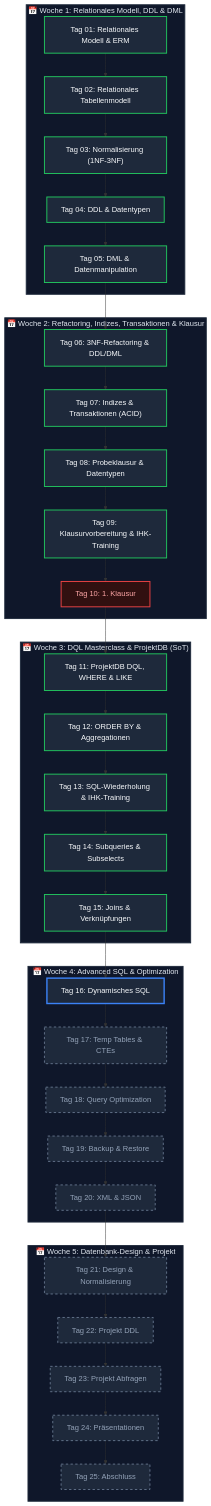
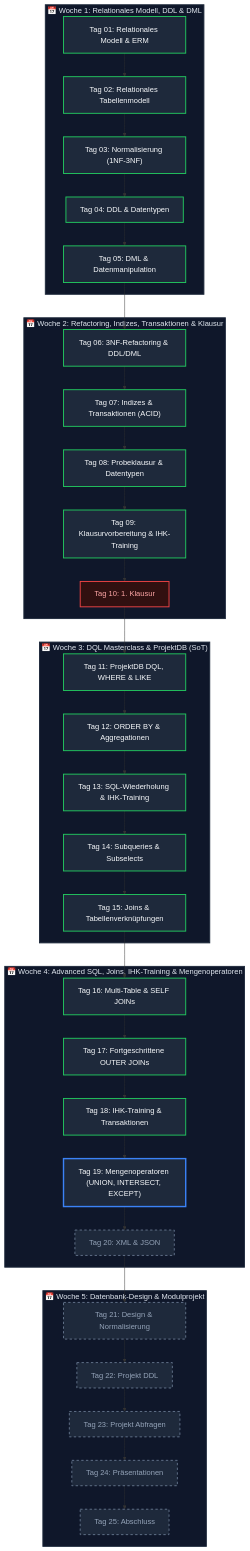
The first of 2 diagrams in README.md (T-Boyke/SQL-Fundamentals), drawn with Mermaid before and after one commit. The commit also changed other lines of this file, not shown here.

Commit message:
docs: update root README roadmap and module overview up to Day 19

````diff
--- a/README.md
+++ b/README.md
@@ -20,60 +20,60 @@
 ```mermaid
 flowchart TD
     subgraph W1["📅 Woche 1: Relationales Modell, DDL & DML"]
         D01["Tag 01: Relationales Modell & ERM"] --> D02["Tag 02: Relationales Tabellenmodell"]
         D02 --> D03["Tag 03: Normalisierung (1NF-3NF)"]
         D03 --> D04["Tag 04: DDL & Datentypen"]
         D04 --> D05["Tag 05: DML & Datenmanipulation"]
     end
 
     subgraph W2["📅 Woche 2: Refactoring, Indizes, Transaktionen & Klausur"]
         D06["Tag 06: 3NF-Refactoring & DDL/DML"] --> D07["Tag 07: Indizes & Transaktionen (ACID)"]
         D07 --> D08["Tag 08: Probeklausur & Datentypen"]
         D08 --> D09["Tag 09: Klausurvorbereitung & IHK-Training"]
         D09 --> D10["Tag 10: 1. Klausur"]
     end
 
     subgraph W3["📅 Woche 3: DQL Masterclass & ProjektDB (SoT)"]
         D11["Tag 11: ProjektDB DQL, WHERE & LIKE"] --> D12["Tag 12: ORDER BY & Aggregationen"]
         D12 --> D13["Tag 13: SQL-Wiederholung & IHK-Training"]
         D13 --> D14["Tag 14: Subqueries & Subselects"]
-        D14 --> D15["Tag 15: Joins & Verknüpfungen"]
+        D14 --> D15["Tag 15: Joins & Tabellenverknüpfungen"]
     end
 
-    subgraph W4["📅 Woche 4: Advanced SQL & Optimization"]
-        D16["Tag 16: Dynamisches SQL"] --> D17["Tag 17: Temp Tables & CTEs"]
-        D18["Tag 18: Query Optimization"] --> D19["Tag 19: Backup & Restore"]
-        D17 --> D18
+    subgraph W4["📅 Woche 4: Advanced SQL, Joins, IHK-Training & Mengenoperatoren"]
+        D16["Tag 16: Multi-Table & SELF JOINs"] --> D17["Tag 17: Fortgeschrittene OUTER JOINs"]
+        D17 --> D18["Tag 18: IHK-Training & Transaktionen"]
+        D18 --> D19["Tag 19: Mengenoperatoren (UNION, INTERSECT, EXCEPT)"]
         D19 --> D20["Tag 20: XML & JSON"]
     end
 
-    subgraph W5["📅 Woche 5: Datenbank-Design & Projekt"]
+    subgraph W5["📅 Woche 5: Datenbank-Design & Modulprojekt"]
         D21["Tag 21: Design & Normalisierung"] --> D22["Tag 22: Projekt DDL"]
         D22 --> D23["Tag 23: Projekt Abfragen"]
         D23 --> D24["Tag 24: Präsentationen"]
         D24 --> D25["Tag 25: Abschluss"]
     end
 
     D05 --> D06
     D10 --> D11
     D15 --> D16
     D20 --> D21
 
     %% Style classes
     classDef completed fill:#1e293b,stroke:#22c55e,stroke-width:2px,color:#f8fafc;
     classDef current fill:#1e293b,stroke:#3b82f6,stroke-width:3px,color:#f8fafc;
     classDef pending fill:#1e293b,stroke:#64748b,stroke-width:2px,stroke-dasharray: 5 5,color:#94a3b8;
     classDef exam fill:#311010,stroke:#ef4444,stroke-width:2px,color:#fca5a5;
 
-    class D01,D02,D03,D04,D05,D06,D07,D08,D09,D11,D12,D13,D14,D15 completed;
-    class D16 current;
-    class D17,D18,D19,D20,D21,D22,D23,D24,D25 pending;
+    class D01,D02,D03,D04,D05,D06,D07,D08,D09,D11,D12,D13,D14,D15,D16,D17,D18 completed;
+    class D19 current;
+    class D20,D21,D22,D23,D24,D25 pending;
     class D10 exam;
 
     %% Subgraph Styles
     style W1 fill:#0f172a,stroke:#1e293b,stroke-width:2px,color:#e2e8f0
     style W2 fill:#0f172a,stroke:#1e293b,stroke-width:2px,color:#e2e8f0
     style W3 fill:#0f172a,stroke:#1e293b,stroke-width:2px,color:#e2e8f0
     style W4 fill:#0f172a,stroke:#1e293b,stroke-width:2px,color:#e2e8f0
     style W5 fill:#0f172a,stroke:#1e293b,stroke-width:2px,color:#e2e8f0
 ```
````
